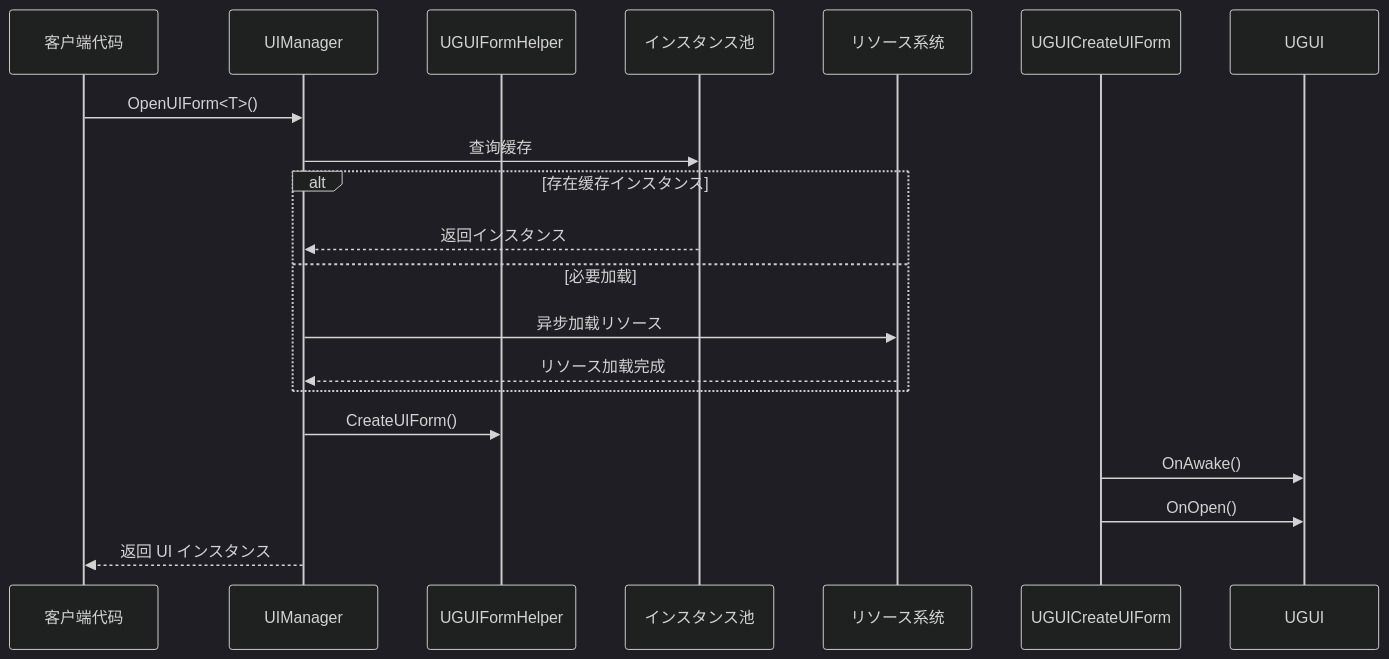
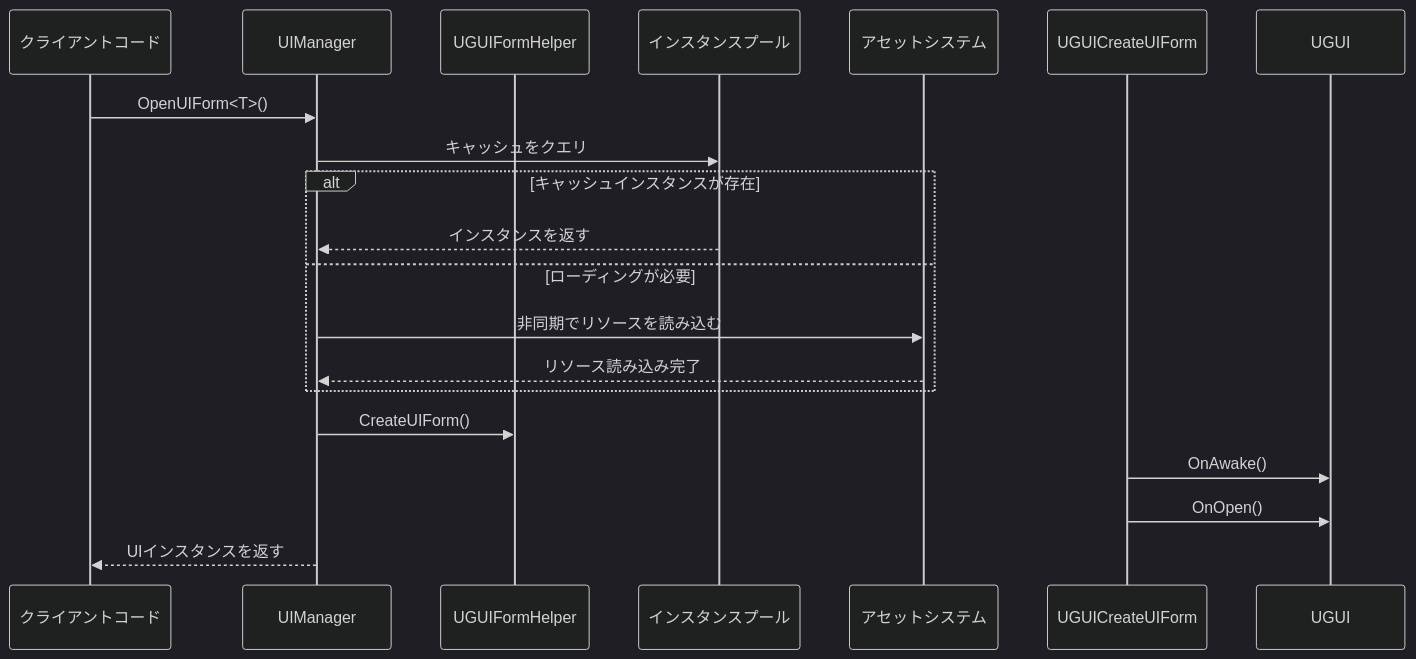
One commit to AlianBlank/GameFrameX.Docs changed the second of 2 diagrams in docs/ja/client/unity/component/ui-ugui/01.overview.md. Above: the diagram before and after it, drawn with Mermaid (dark theme). The commit also changed other lines of this file and 320 other files, not shown here.

````diff
--- a/docs/ja/client/unity/component/ui-ugui/01.overview.md
+++ b/docs/ja/client/unity/component/ui-ugui/01.overview.md
@@ -106,21 +106,21 @@
 ```mermaid
 sequenceDiagram
-    participant Client as 客户端代码
+    participant Client as クライアントコード
     participant UIManager as UIManager
     participant UGUIFormHelper as UGUIFormHelper
-    participant InstancePool as インスタンス池
-    participant AssetSystem as リソース系统
+    participant InstancePool as インスタンスプール
+    participant AssetSystem as アセットシステム
 
     Client->>UIManager: OpenUIForm<T>()
-    UIManager->>InstancePool: 查询缓存
-    alt 存在缓存インスタンス
-        InstancePool-->>UIManager: 返回インスタンス
-    else 必要加载
-        UIManager->>AssetSystem: 异步加载リソース
-        AssetSystem-->>UIManager: リソース加载完成
+    UIManager->>InstancePool: キャッシュをクエリ
+    alt キャッシュインスタンスが存在
+        InstancePool-->>UIManager: インスタンスを返す
+    else ローディングが必要
+        UIManager->>AssetSystem: 非同期でリソースを読み込む
+        AssetSystem-->>UIManager: リソース読み込み完了
     end
     UIManager->>UGUIFormHelper: CreateUIForm()
     UGUICreateUIForm->>UGUI: OnAwake()
     UGUICreateUIForm->>UGUI: OnOpen()
-    UIManager-->>Client: 返回 UI インスタンス
+    UIManager-->>Client: UIインスタンスを返す
 ```
````
